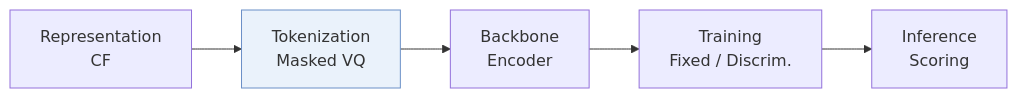
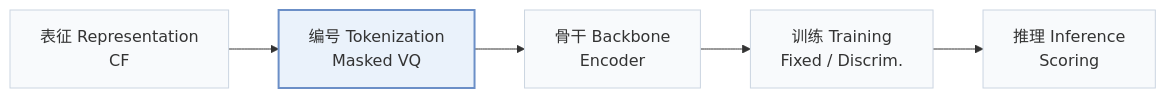
One commit to Galaxy-ghost/Awesome-SID-Generative-Rec changed the first of 3 diagrams in pages/zh/papers/tokenrec.md. Above: the diagram before and after it, drawn with Mermaid. The commit also changed other lines of this file and 649 other files, not shown here.

Commit message:
writer-05: also tags and modality index (schema, check, build, visuals); summary field removed; calibration data for 12 papers

````diff
--- a/pages/zh/papers/tokenrec.md
+++ b/pages/zh/papers/tokenrec.md
@@ -13,6 +15,8 @@
 ```mermaid
 flowchart LR
-    R["Representation<br/>CF"] --> T["Tokenization<br/>Masked VQ"] --> B["Backbone<br/>Encoder"] --> TR["Training<br/>Fixed / Discrim."] --> I["Inference<br/>Scoring"]
-    classDef main fill:#eaf2fb,stroke:#6b8fc7
+    R["表征 Representation<br/>CF"] --> T["编号 Tokenization<br/>Masked VQ"] --> B["骨干 Backbone<br/>Encoder"] --> TR["训练 Training<br/>Fixed / Discrim."] --> I["推理 Inference<br/>Scoring"]
+    classDef base fill:#f8fafc,stroke:#cbd5e1
+    class R,T,B,TR,I base
+    classDef main fill:#eaf2fb,stroke:#6b8fc7,stroke-width:2px
     class T main
 ```
````
